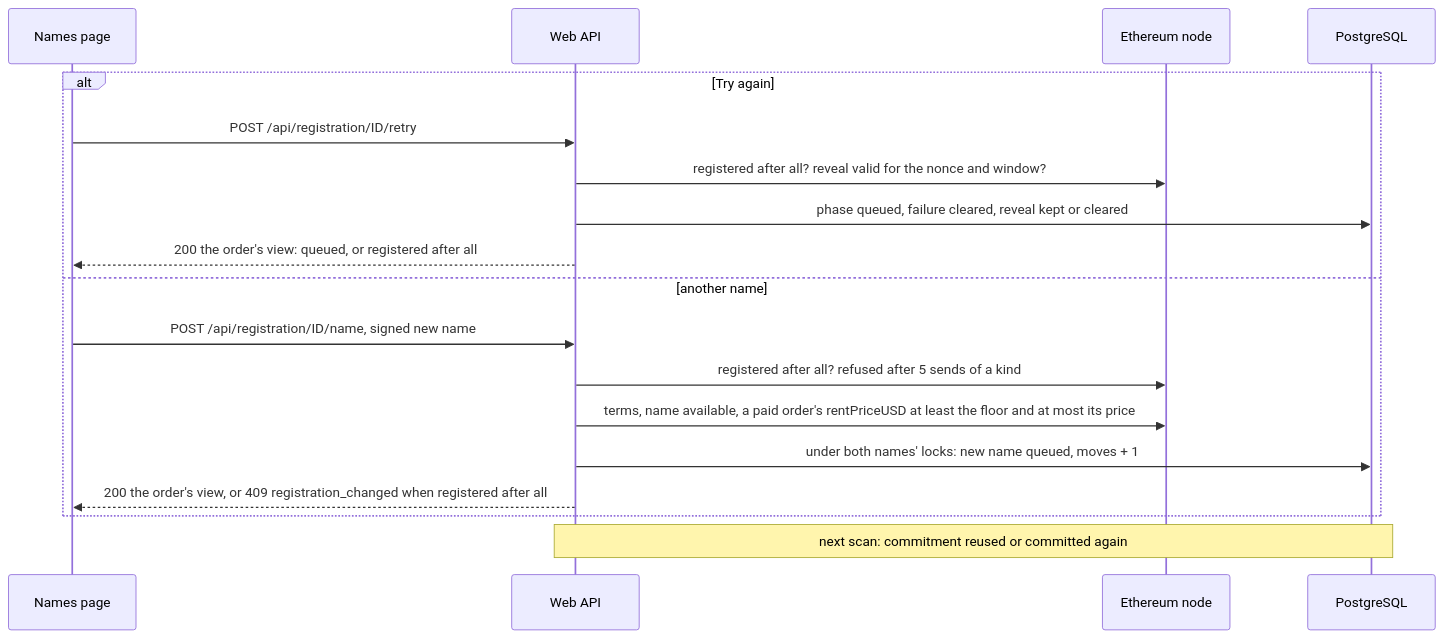
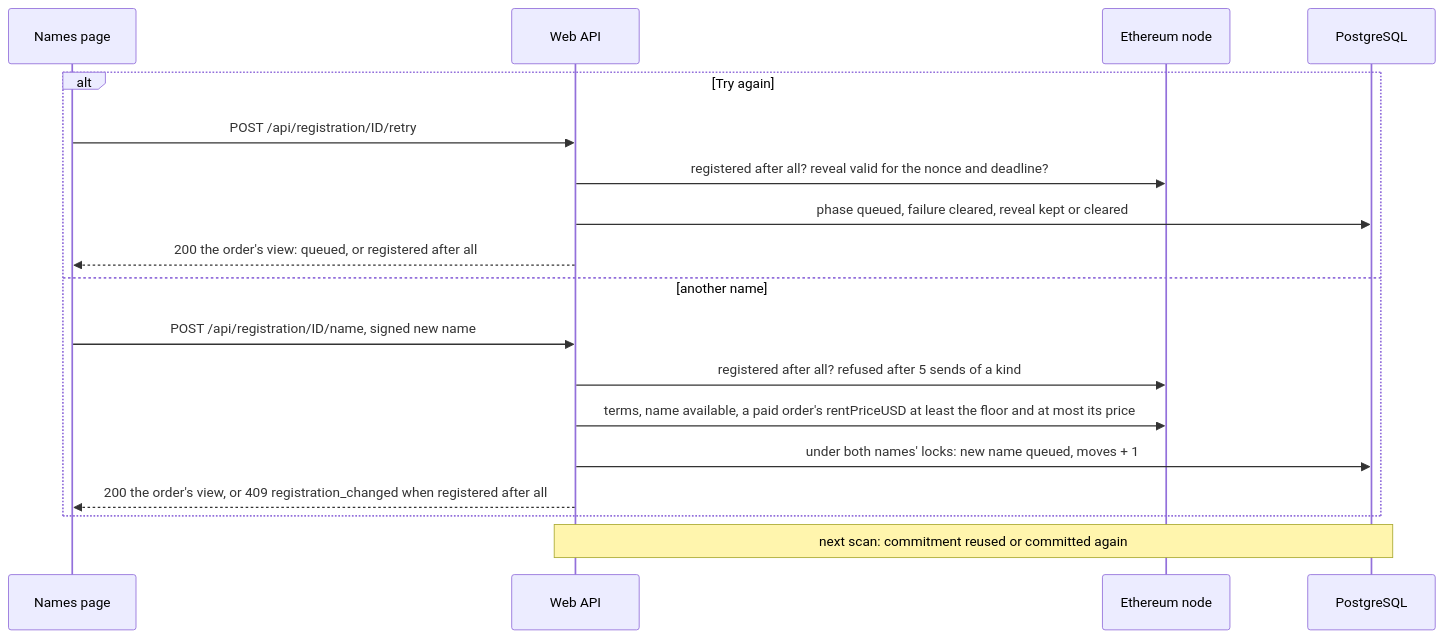
The seventh of 14 diagrams in apps/simplex-store-service/docs/names.md (simplex-chat/simplex-chat), drawn with Mermaid before and after one commit. The commit also changed other lines of this file and 5 other files, not shown here.

````diff
--- a/apps/simplex-store-service/docs/names.md
+++ b/apps/simplex-store-service/docs/names.md
@@ -372,20 +375,20 @@
 ```mermaid
 sequenceDiagram
   participant P as Names page
   participant W as Web API
   participant E as Ethereum node
   participant D as PostgreSQL
   alt Try again
     P->>W: POST /api/registration/ID/retry
-    W->>E: registered after all? reveal valid for the nonce and window?
+    W->>E: registered after all? reveal valid for the nonce and deadline?
     W->>D: phase queued, failure cleared, reveal kept or cleared
     W-->>P: 200 the order's view: queued, or registered after all
   else another name
     P->>W: POST /api/registration/ID/name, signed new name
     W->>E: registered after all? refused after 5 sends of a kind
     W->>E: terms, name available, a paid order's rentPriceUSD at least the floor and at most its price
     W->>D: under both names' locks: new name queued, moves + 1
     W-->>P: 200 the order's view, or 409 registration_changed when registered after all
   end
   Note over W,D: next scan: commitment reused or committed again
 ```
````
